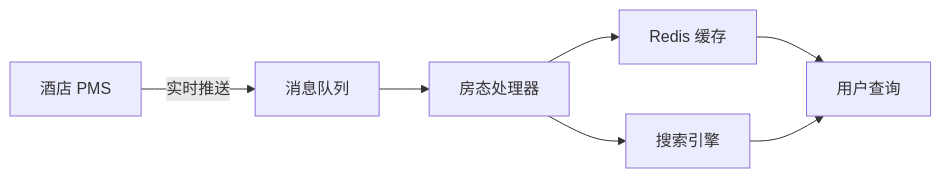
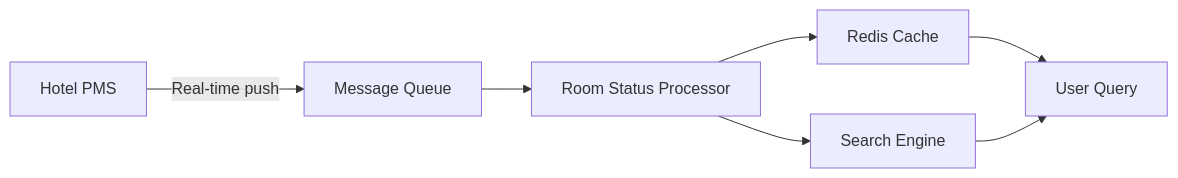
The third of 3 diagrams in tree/application/architecture/hospitality-tourism.md (teaglebuilt/knowledge-tree), drawn with Mermaid before and after one commit. The commit also changed other lines of this file and 4 other files, not shown here.

````diff
--- a/tree/application/architecture/hospitality-tourism.md
+++ b/tree/application/architecture/hospitality-tourism.md
@@ -258,9 +261,9 @@
 ```mermaid
 flowchart LR
-    A[酒店 PMS] -->|实时推送| B[消息队列]
-    B --> C[房态处理器]
-    C --> D[Redis 缓存]
-    C --> E[搜索引擎]
-    D --> F[用户查询]
+    A[Hotel PMS] -->|Real-time push| B[Message Queue]
+    B --> C[Room Status Processor]
+    C --> D[Redis Cache]
+    C --> E[Search Engine]
+    D --> F[User Query]
     E --> F
 ```
````
